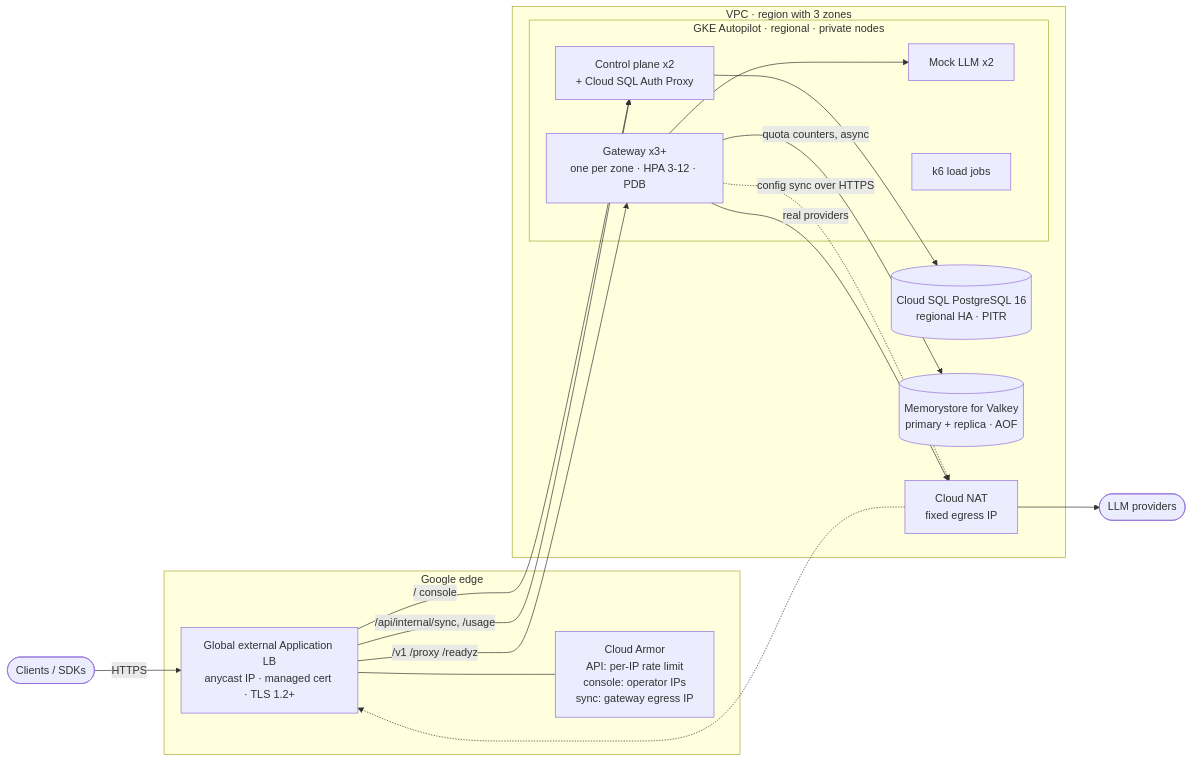
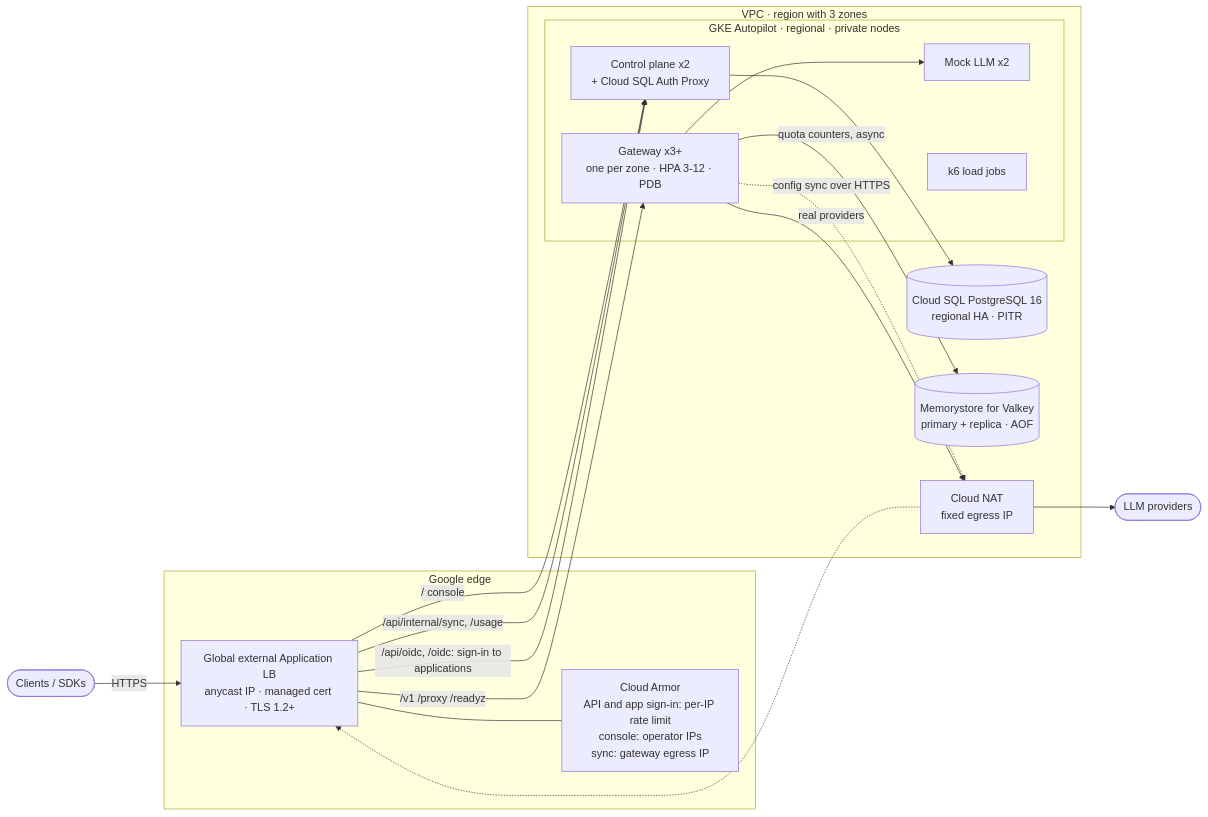
Before and after one commit to getstratum/stratum: the diagram in deploy/gcp/README.md, drawn with Mermaid. The commit also changed other lines of this file and 3 other files, not shown here.

Commit message:
feat(deploy/gcp): people sign in to applications through the console (#81)

````diff
--- a/deploy/gcp/README.md
+++ b/deploy/gcp/README.md
@@ -18,28 +18,29 @@
 ```mermaid
 flowchart LR
   client([Clients / SDKs]) -->|HTTPS| lb
   subgraph edge[Google edge]
     lb[Global external Application LB<br/>anycast IP · managed cert · TLS 1.2+]
-    armor[Cloud Armor<br/>API: per-IP rate limit<br/>console: operator IPs<br/>sync: gateway egress IP]
+    armor[Cloud Armor<br/>API and app sign-in: per-IP rate limit<br/>console: operator IPs<br/>sync: gateway egress IP]
     lb --- armor
   end
   subgraph vpc[VPC · region with 3 zones]
     subgraph gke[GKE Autopilot · regional · private nodes]
       gw[Gateway x3+<br/>one per zone · HPA 3-12 · PDB]
       cp[Control plane x2<br/>+ Cloud SQL Auth Proxy]
       mock[Mock LLM x2]
       k6[k6 load jobs]
     end
     sql[(Cloud SQL PostgreSQL 16<br/>regional HA · PITR)]
     valkey[(Memorystore for Valkey<br/>primary + replica · AOF)]
     nat[Cloud NAT<br/>fixed egress IP]
   end
   lb -->|/v1 /proxy /readyz| gw
   lb -->|/ console| cp
   lb -->|/api/internal/sync, /usage| cp
+  lb -->|/api/oidc, /oidc: sign-in to applications| cp
   gw -. config sync over HTTPS .-> nat -.-> lb
   gw -->|quota counters, async| valkey
   gw --> mock
   gw -->|real providers| nat --> llm([LLM providers])
   cp --> sql
 ```
````
